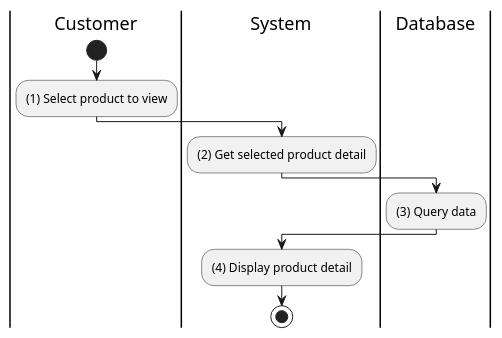
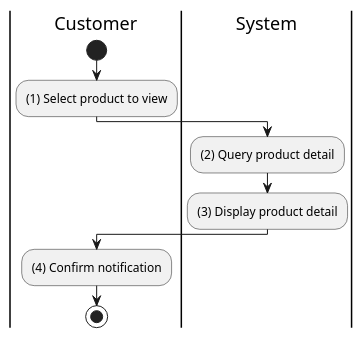
Before and after one commit to electricilies/electricilies.github.io: the diagram in docs/software-docs/activity/view-product/view-product-detail.md, drawn with PlantUML. The commit also changed 47 other files, not shown here.

````diff
--- a/docs/software-docs/activity/view-product/view-product-detail.md
+++ b/docs/software-docs/activity/view-product/view-product-detail.md
@@ -3,19 +3,16 @@
 ```plantuml
 @startuml
 |C|Customer
 |S|System
-|D|Database
 
 |C|
 start
 :(1) Select product to view;
 |S|
-:(2) Get selected product detail;
-|D|
-:(3) Query data;
-|S|
-:(4) Display product detail;
+:(2) Query product detail;
+:(3) Display product detail;
+|C|
+:(4) Confirm notification;
 stop
-
 @enduml
 ```
````
